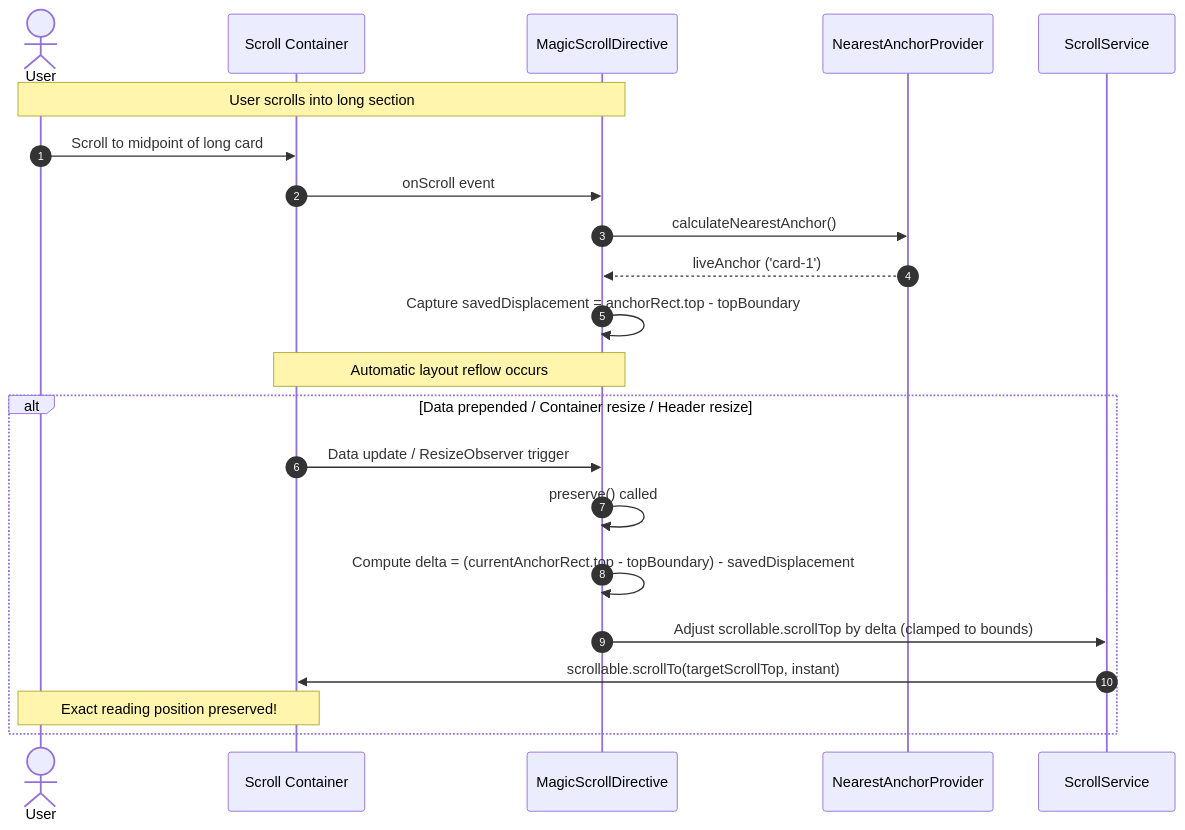
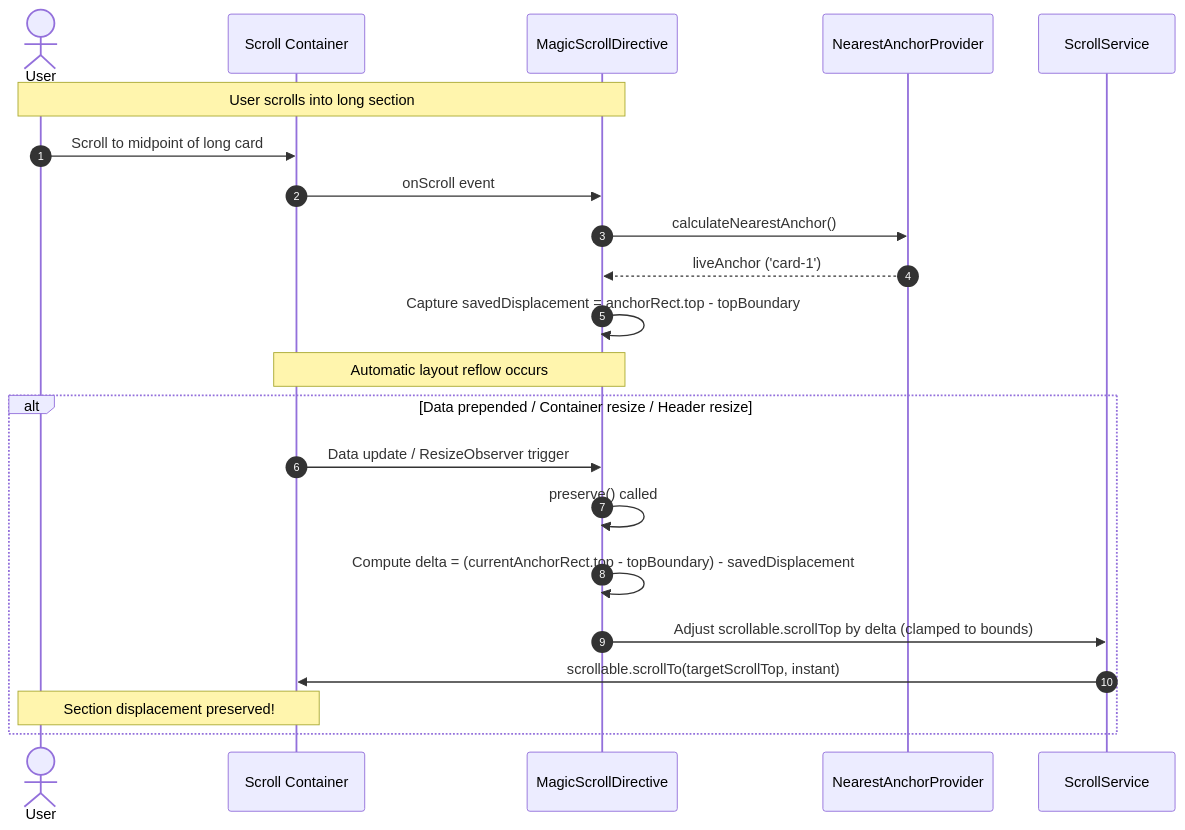
One commit to devZWO/ngx-magic-scroll changed the diagram in docs/src/content/docs/concepts/position-preservation.md. Above: the diagram before and after it, drawn with Mermaid. The commit also changed other lines of this file and 7 other files, not shown here.

````diff
--- a/docs/src/content/docs/concepts/position-preservation.md
+++ b/docs/src/content/docs/concepts/position-preservation.md
@@ -26,26 +26,26 @@
 ```mermaid
 sequenceDiagram
     autonumber
     actor User
     participant Viewport as Scroll Container
     participant Directive as MagicScrollDirective
     participant Provider as NearestAnchorProvider
     participant Service as ScrollService
 
     Note over User,Directive: User scrolls into long section
     User->>Viewport: Scroll to midpoint of long card
     Viewport->>Directive: onScroll event
     Directive->>Provider: calculateNearestAnchor()
     Provider-->>Directive: liveAnchor ('card-1')
     Directive->>Directive: Capture savedDisplacement = anchorRect.top - topBoundary
 
     Note over Viewport,Directive: Automatic layout reflow occurs
     alt Data prepended / Container resize / Header resize
         Viewport->>Directive: Data update / ResizeObserver trigger
         Directive->>Directive: preserve() called
         Directive->>Directive: Compute delta = (currentAnchorRect.top - topBoundary) - savedDisplacement
         Directive->>Service: Adjust scrollable.scrollTop by delta (clamped to bounds)
         Service->>Viewport: scrollable.scrollTo(targetScrollTop, instant)
-        Note over User,Viewport: Exact reading position preserved!
+        Note over User,Viewport: Section displacement preserved!
     end
 ```
````
